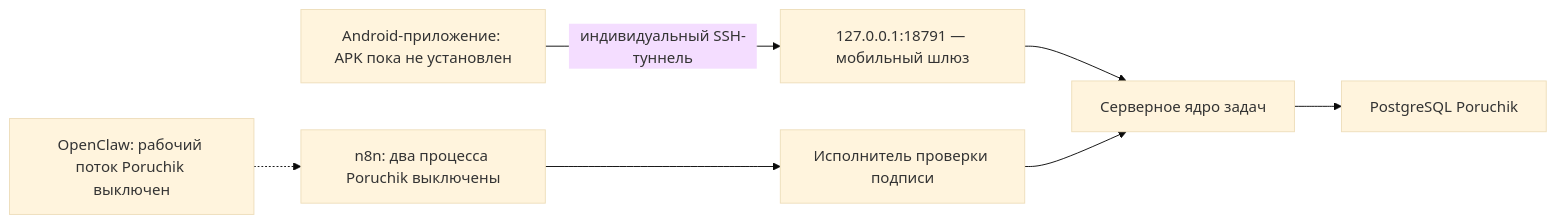
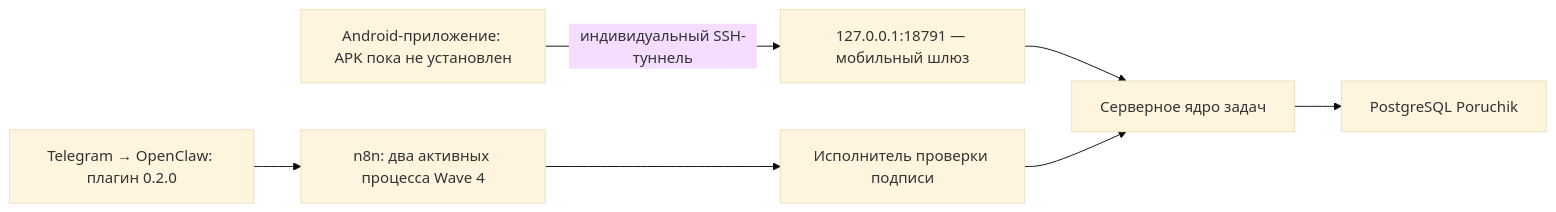
Before and after one commit to DmtrGoltsev/ObsidianVault: the diagram in 02_Знания/Пакеты_контекста/N8NAgents/Android_приложение/16_Манифест_текущего_выпуска_2026-09-01.md, drawn with Mermaid (base theme). The commit also changed other lines of this file and 9 other files, not shown here.

Commit message:
docs: зафиксировать production PASS Poruchik Wave 4

````diff
--- a/02_Знания/Пакеты_контекста/N8NAgents/Android_приложение/16_Манифест_текущего_выпуска_2026-09-01.md
+++ b/02_Знания/Пакеты_контекста/N8NAgents/Android_приложение/16_Манифест_текущего_выпуска_2026-09-01.md
@@ -15,9 +15,9 @@
 ```mermaid
 flowchart LR
     A["Android-приложение: APK пока не установлен"] -->|"индивидуальный SSH-туннель"| B["127.0.0.1:18791 — мобильный шлюз"]
     B --> C["Серверное ядро задач"]
     C --> D["PostgreSQL Poruchik"]
-    E["OpenClaw: рабочий поток Poruchik выключен"] -.-> F["n8n: два процесса Poruchik выключены"]
+    E["Telegram → OpenClaw: плагин 0.2.0"] --> F["n8n: два активных процесса Wave 4"]
     F --> G["Исполнитель проверки подписи"]
     G --> C
 ```
````
